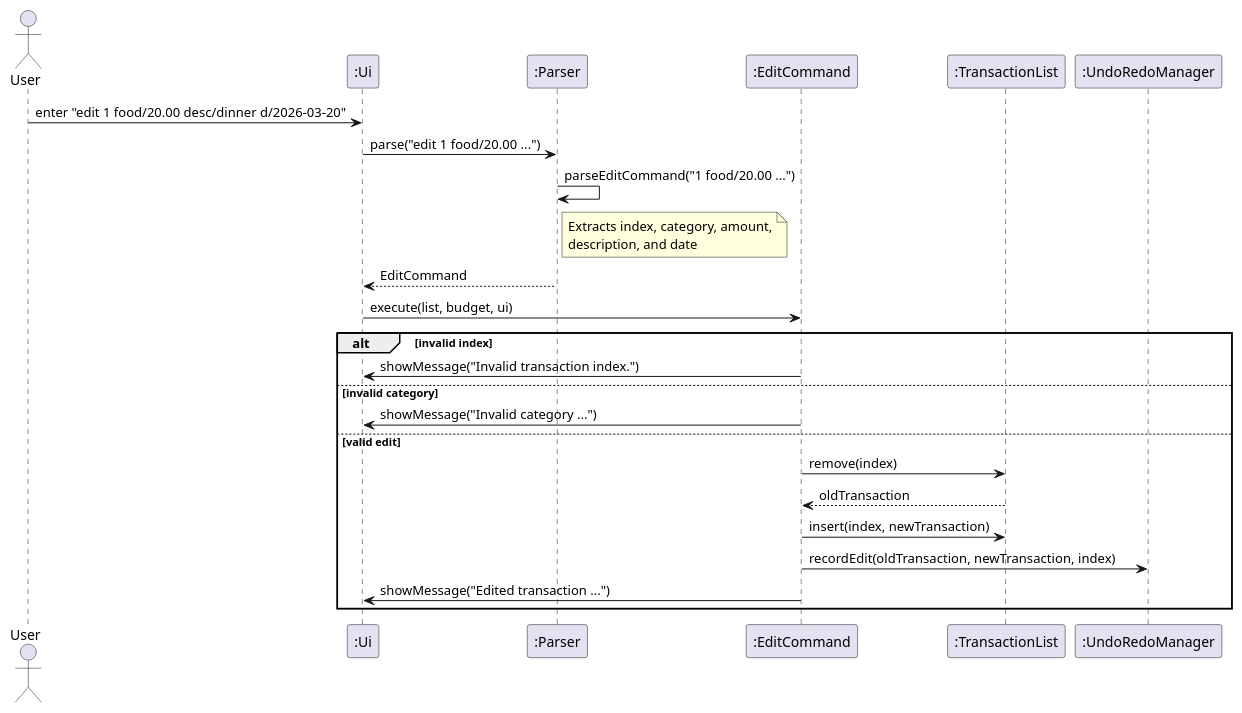
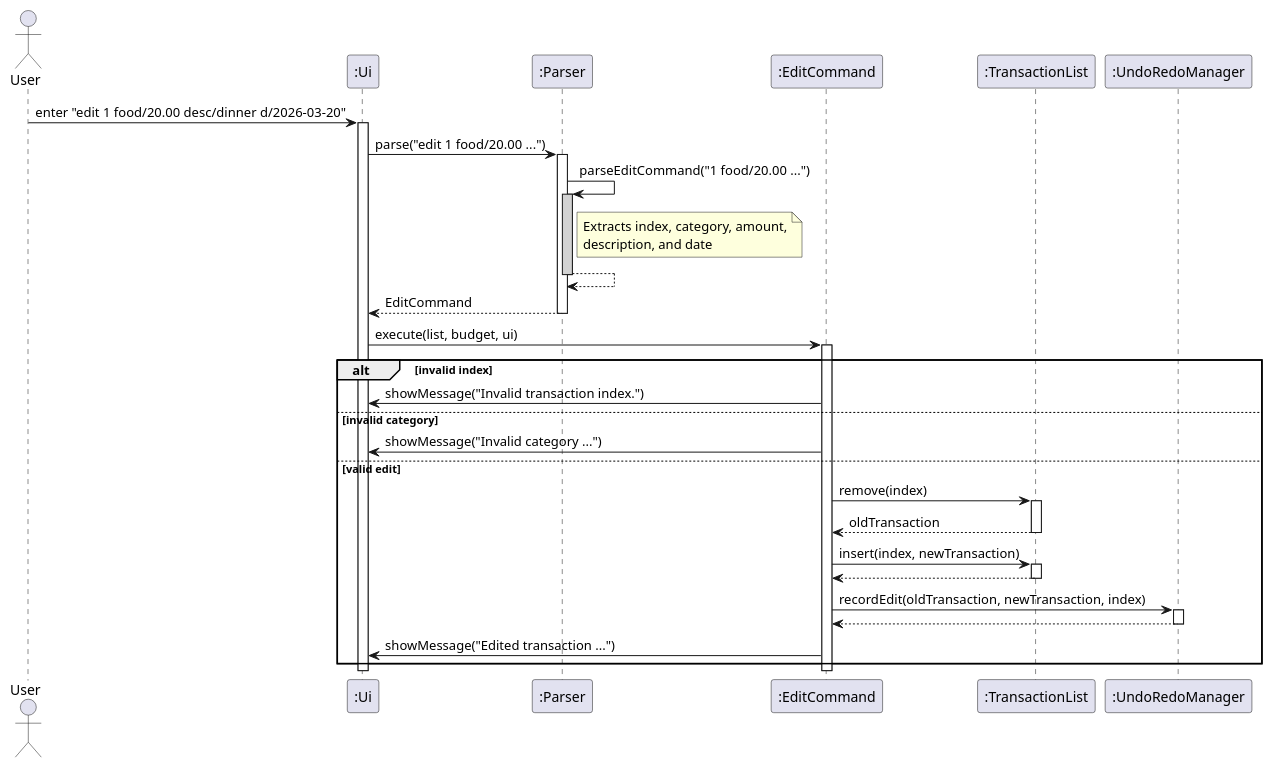
Before and after one commit to CedricTan24/tp: the diagram in docs/diagrams/EditSequenceDiagram.puml, drawn with PlantUML. The commit also changed 1 other file, not shown here.

Commit message:
Add activation bar for edit sequence diagram

```diff
--- a/docs/diagrams/EditSequenceDiagram.puml
+++ b/docs/diagrams/EditSequenceDiagram.puml
@@ -1,27 +1,53 @@
 @startuml
 actor User
 participant ":Ui" as Ui
 participant ":Parser" as Parser
 participant ":EditCommand" as EditCommand
 participant ":TransactionList" as TransactionList
 participant ":UndoRedoManager" as UndoRedoManager
 
 User -> Ui : enter "edit 1 food/20.00 desc/dinner d/2026-03-20"
+activate Ui
+
 Ui -> Parser : parse("edit 1 food/20.00 ...")
+activate Parser
+
 Parser -> Parser : parseEditCommand("1 food/20.00 ...")
+activate Parser #LightGray
 note right of Parser : Extracts index, category, amount,\ndescription, and date
+Parser --> Parser
+deactivate Parser
+
 Parser --> Ui : EditCommand
+deactivate Parser
+
 Ui -> EditCommand : execute(list, budget, ui)
+activate EditCommand
 
 alt invalid index
     EditCommand -> Ui : showMessage("Invalid transaction index.")
 else invalid category
     EditCommand -> Ui : showMessage("Invalid category ...")
 else valid edit
     EditCommand -> TransactionList : remove(index)
+    activate TransactionList
     TransactionList --> EditCommand : oldTransaction
+    deactivate TransactionList
+
     EditCommand -> TransactionList : insert(index, newTransaction)
+    activate TransactionList
+    TransactionList --> EditCommand
+    deactivate TransactionList
+
     EditCommand -> UndoRedoManager : recordEdit(oldTransaction, newTransaction, index)
+    activate UndoRedoManager
+    UndoRedoManager --> EditCommand
+    deactivate UndoRedoManager
+
     EditCommand -> Ui : showMessage("Edited transaction ...")
 end
+
+deactivate EditCommand
+deactivate Ui
+
 @enduml
```
